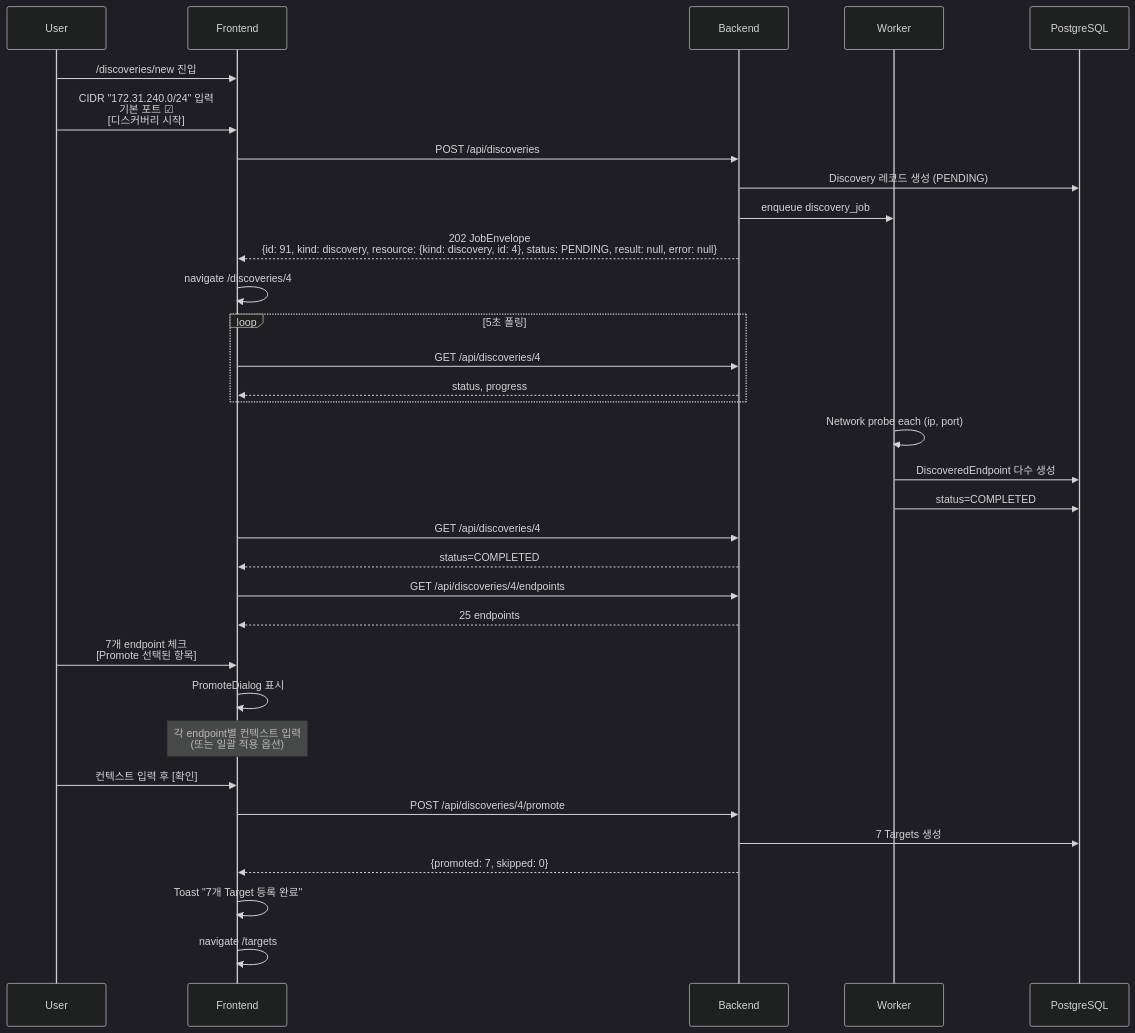
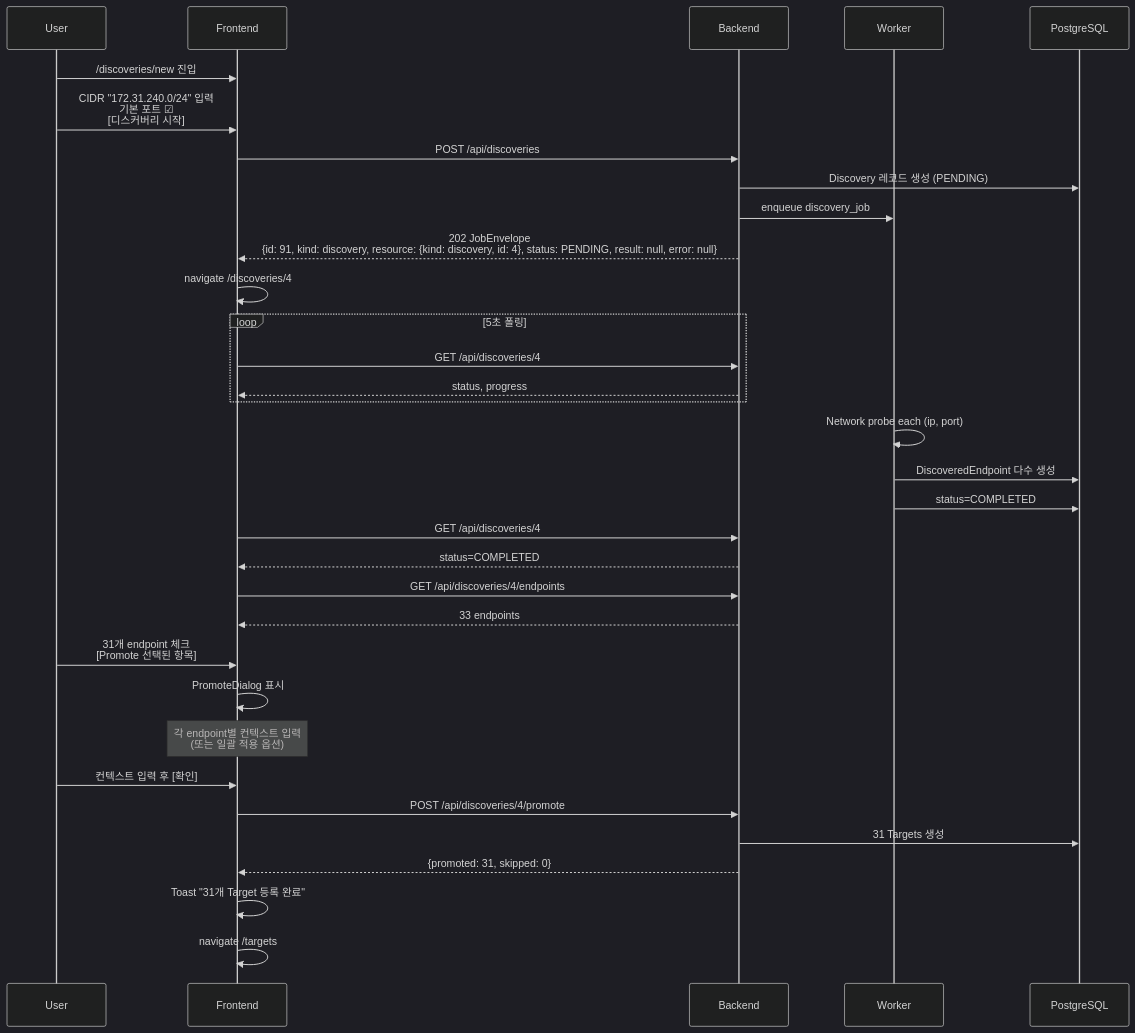
One commit to ehdgks0627/crypto-scanner changed the second of 11 diagrams in docs/10-ux-flows.md. Above: the diagram before and after it, drawn with Mermaid (dark theme). The commit also changed 19 other files, not shown here.

````diff
--- a/docs/10-ux-flows.md
+++ b/docs/10-ux-flows.md
@@ -75,40 +75,40 @@
 ```mermaid
 sequenceDiagram
     participant U as User
     participant F as Frontend
     participant B as Backend
     participant W as Worker
     participant DB as PostgreSQL
 
     U->>F: /discoveries/new 진입
     U->>F: CIDR "172.31.240.0/24" 입력<br/>기본 포트 ☑<br/>[디스커버리 시작]
     F->>B: POST /api/discoveries
     B->>DB: Discovery 레코드 생성 (PENDING)
     B->>W: enqueue discovery_job
     B-->>F: 202 JobEnvelope<br/>{id: 91, kind: discovery, resource: {kind: discovery, id: 4}, status: PENDING, result: null, error: null}
     F->>F: navigate /discoveries/4
 
     loop 5초 폴링
         F->>B: GET /api/discoveries/4
         B-->>F: status, progress
     end
 
     W->>W: Network probe each (ip, port)
     W->>DB: DiscoveredEndpoint 다수 생성
     W->>DB: status=COMPLETED
 
     F->>B: GET /api/discoveries/4
     B-->>F: status=COMPLETED
     F->>B: GET /api/discoveries/4/endpoints
-    B-->>F: 25 endpoints
+    B-->>F: 33 endpoints
 
-    U->>F: 7개 endpoint 체크<br/>[Promote 선택된 항목]
+    U->>F: 31개 endpoint 체크<br/>[Promote 선택된 항목]
     F->>F: PromoteDialog 표시
     Note over F: 각 endpoint별 컨텍스트 입력<br/>(또는 일괄 적용 옵션)
     U->>F: 컨텍스트 입력 후 [확인]
     F->>B: POST /api/discoveries/4/promote
-    B->>DB: 7 Targets 생성
-    B-->>F: {promoted: 7, skipped: 0}
-    F->>F: Toast "7개 Target 등록 완료"
+    B->>DB: 31 Targets 생성
+    B-->>F: {promoted: 31, skipped: 0}
+    F->>F: Toast "31개 Target 등록 완료"
     F->>F: navigate /targets
 ```
````
